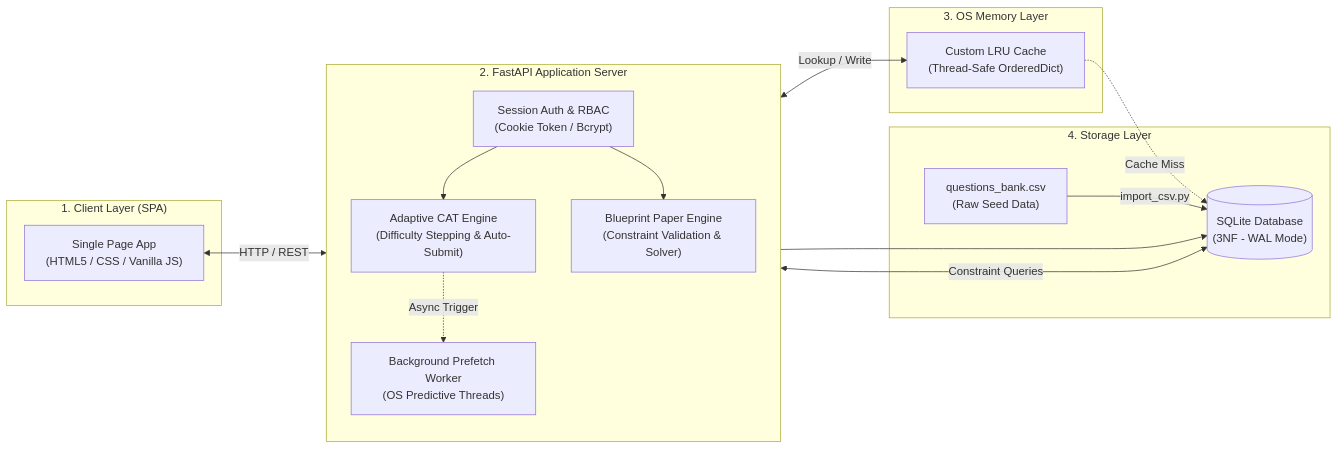
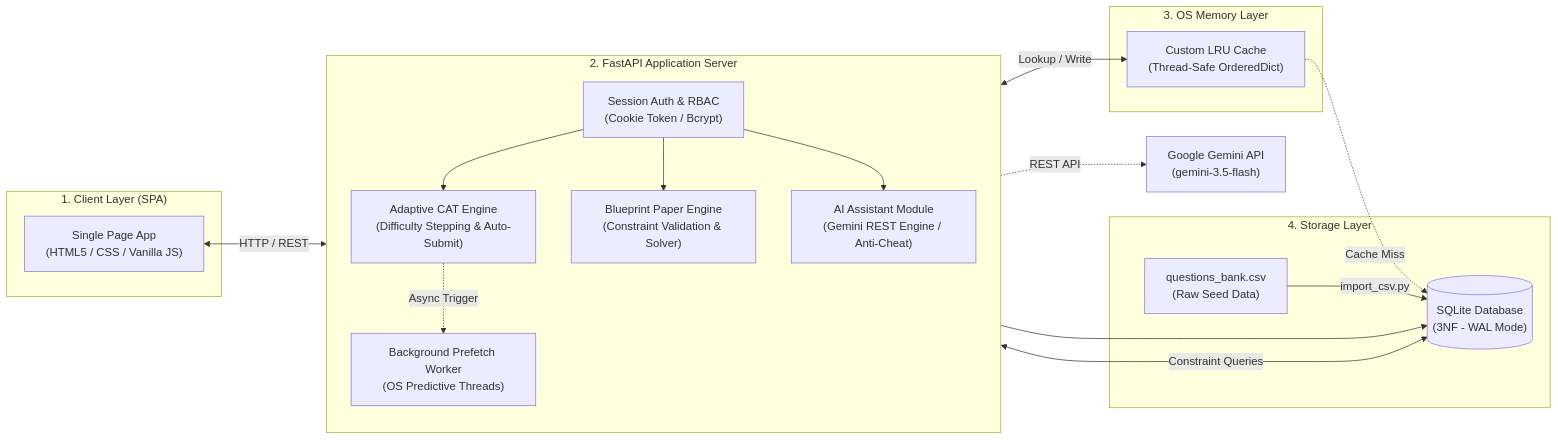
One commit to khushi-sharma2506/APEX changed the first of 3 diagrams in README.md. Above: the diagram before and after it, drawn with Mermaid. The commit also changed other lines of this file and 2 other files, not shown here.

Commit message:
docs: update README and setup instructions for AI assistant and environment configuration

````diff
--- a/README.md
+++ b/README.md
@@ -21,33 +22,36 @@
 ```mermaid
 flowchart LR
     subgraph Client["1. Client Layer (SPA)"]
         UI["Single Page App\n(HTML5 / CSS / Vanilla JS)"]
     end
 
     subgraph Server["2. FastAPI Application Server"]
         direction TB
         Auth["Session Auth & RBAC\n(Cookie Token / Bcrypt)"]
         CAT["Adaptive CAT Engine\n(Difficulty Stepping & Auto-Submit)"]
         Blueprint["Blueprint Paper Engine\n(Constraint Validation & Solver)"]
         Prefetch["Background Prefetch Worker\n(OS Predictive Threads)"]
+        Assistant["AI Assistant Module\n(Gemini REST Engine / Anti-Cheat)"]
     end
 
     subgraph Memory["3. OS Memory Layer"]
         LRU["Custom LRU Cache\n(Thread-Safe OrderedDict)"]
     end
 
     subgraph Persistence["4. Storage Layer"]
         DB[("SQLite Database\n(3NF - WAL Mode)")]
         CSV["questions_bank.csv\n(Raw Seed Data)"]
     end
 
     UI <-->|HTTP / REST| Auth
     Auth --> CAT
     Auth --> Blueprint
     CAT <-->|Lookup / Write| LRU
     CAT -.->|Async Trigger| Prefetch
     Prefetch --> DB
     LRU -.->|Cache Miss| DB
     Blueprint <-->|Constraint Queries| DB
+    Auth --> Assistant
+    Assistant -.->|REST API| Gemini["Google Gemini API\n(gemini-3.5-flash)"]
     CSV -->|import_csv.py| DB
 ```
````
